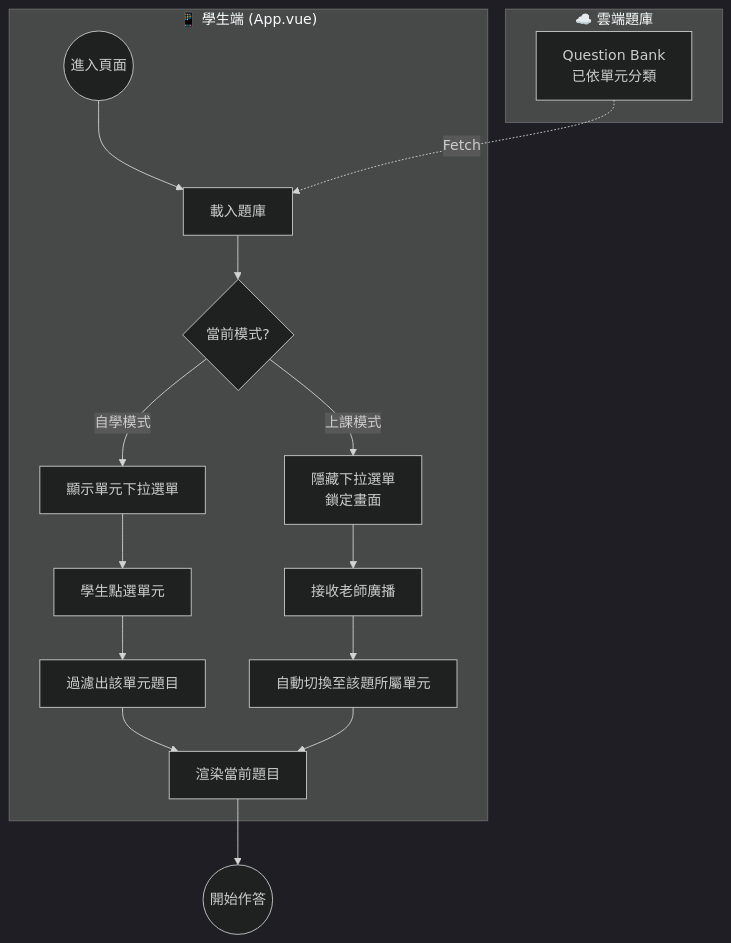
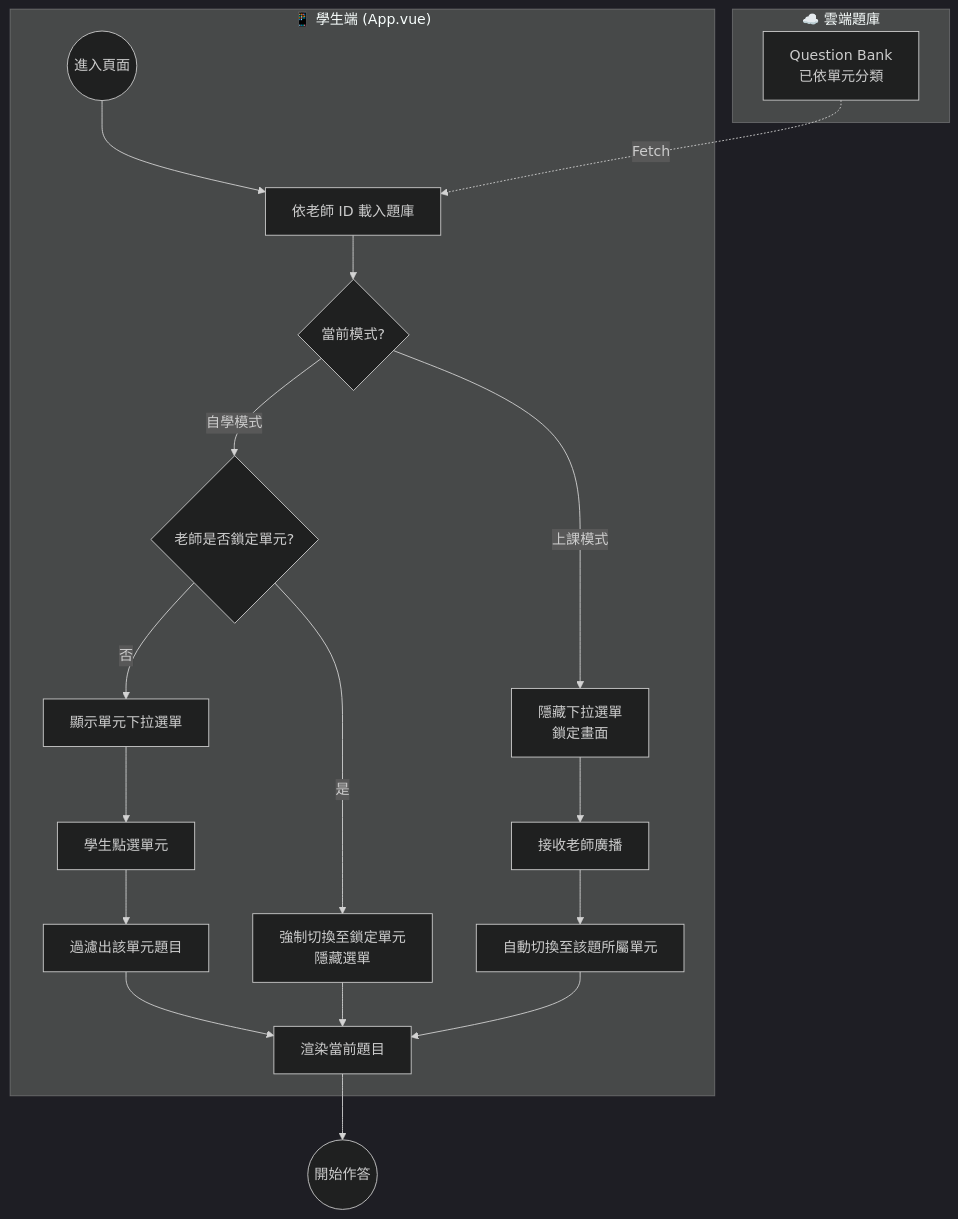
Before and after one commit to ylin3-learner/SyntaxHunt: the third of 4 diagrams in README.zh-TW.md, drawn with Mermaid (dark theme). The commit also changed other lines of this file and 1 other file, not shown here.

Commit message:
docs: update README with unit locking feature and fixed data flow diagram

````diff
--- a/README.zh-TW.md
+++ b/README.zh-TW.md
@@ -134,25 +134,29 @@
 ```mermaid
 flowchart TD
     subgraph Data ["☁️ 雲端題庫"]
         QB[Question Bank<br>已依單元分類]
     end
 
     subgraph App ["📱 學生端 (App.vue)"]
-        Start((進入頁面)) --> Load[載入題庫]
+        Start((進入頁面)) --> Load[依老師 ID 載入題庫]
         Load --> ModeCheck{當前模式?}
         
-        ModeCheck -->|自學模式| ShowSelector[顯示單元下拉選單]
+        ModeCheck -->|自學模式| LockCheck{老師是否鎖定單元?}
+        LockCheck -->|否| ShowSelector[顯示單元下拉選單]
         ShowSelector --> UserSelect[學生點選單元]
         UserSelect --> Filter1[過濾出該單元題目]
+        
+        LockCheck -->|是| ForceFilter[強制切換至鎖定單元<br>隱藏選單]
         
         ModeCheck -->|上課模式| LockUI[隱藏下拉選單<br>鎖定畫面]
         LockUI --> TeacherPush[接收老師廣播]
         TeacherPush --> AutoSwitch[自動切換至該題所屬單元]
         
         Filter1 --> Render[渲染當前題目]
+        ForceFilter --> Render
         AutoSwitch --> Render
     end
     
     QB -. "Fetch" .-> Load
     Render --> End((開始作答))
 ```
````
